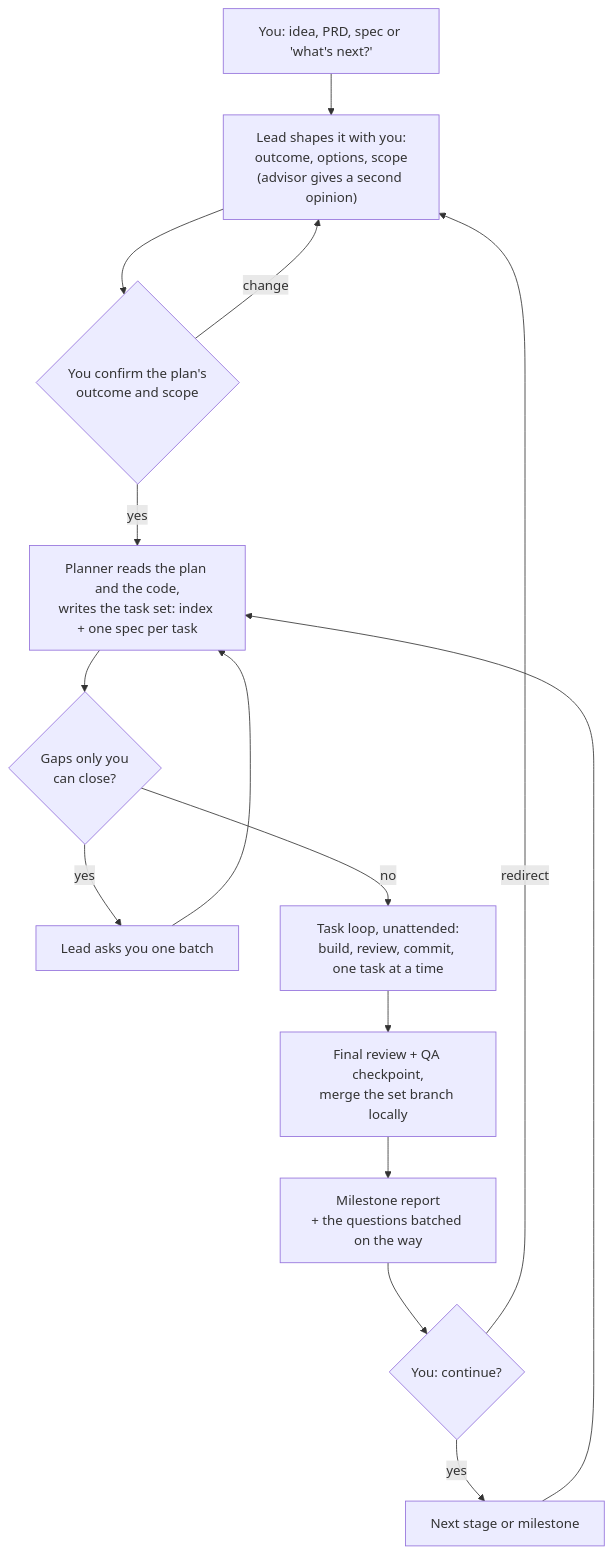
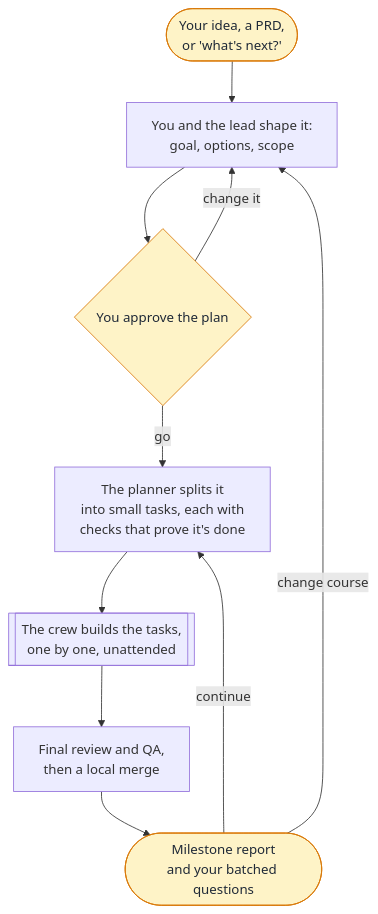
One commit to claudio-silva/ai-toolbox changed the first of 3 diagrams in skills/claude-code/crew/README.md. Above: the diagram before and after it, drawn with Mermaid. The commit also changed other lines of this file and 2 other files, not shown here.

First line of the commit message:
crew: a README for users, the skill's internals in DEVELOPING.md

````diff
--- a/skills/claude-code/crew/README.md
+++ b/skills/claude-code/crew/README.md
@@ -26,15 +65,16 @@
 ```mermaid
 flowchart TD
-  A["You: idea, PRD, spec or 'what's next?'"] --> B["Lead shapes it with you:<br/>outcome, options, scope<br/>(advisor gives a second opinion)"]
-  B --> C{"You confirm the plan's<br/>outcome and scope"}
-  C -- "change" --> B
-  C -- "yes" --> D["Planner reads the plan and the code,<br/>writes the task set: index + one spec per task"]
-  D --> E{"Gaps only you<br/>can close?"}
-  E -- "yes" --> F["Lead asks you one batch"] --> D
-  E -- "no" --> G["Task loop, unattended:<br/>build, review, commit, one task at a time"]
-  G --> H["Final review + QA checkpoint,<br/>merge the set branch locally"]
-  H --> I["Milestone report<br/>+ the questions batched on the way"]
-  I --> J{"You: continue?"}
-  J -- "yes" --> B2["Next stage or milestone"] --> D
-  J -- "redirect" --> B
+  idea(["Your idea, a PRD,<br/>or 'what's next?'"]):::you
+  shape["You and the lead shape it:<br/>goal, options, scope"]
+  ok{"You approve the plan"}:::you
+  plan["The planner splits it<br/>into small tasks, each with<br/>checks that prove it's done"]
+  build[["The crew builds the tasks,<br/>one by one, unattended"]]
+  close["Final review and QA,<br/>then a local merge"]
+  report(["Milestone report<br/>and your batched questions"]):::you
+  idea --> shape --> ok
+  ok -- "change it" --> shape
+  ok -- "go" --> plan --> build --> close --> report
+  report -- "continue" --> plan
+  report -- "change course" --> shape
+  classDef you fill:#fef3c7,stroke:#d97706,color:#1f2937
 ```
````
